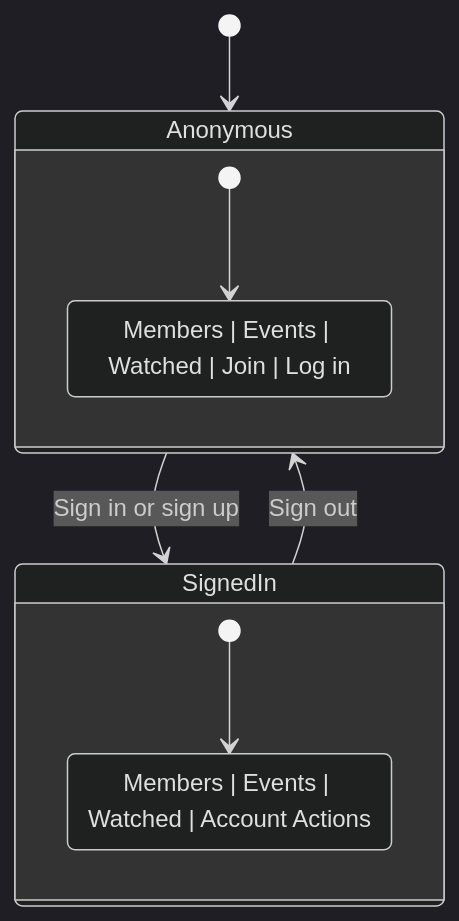
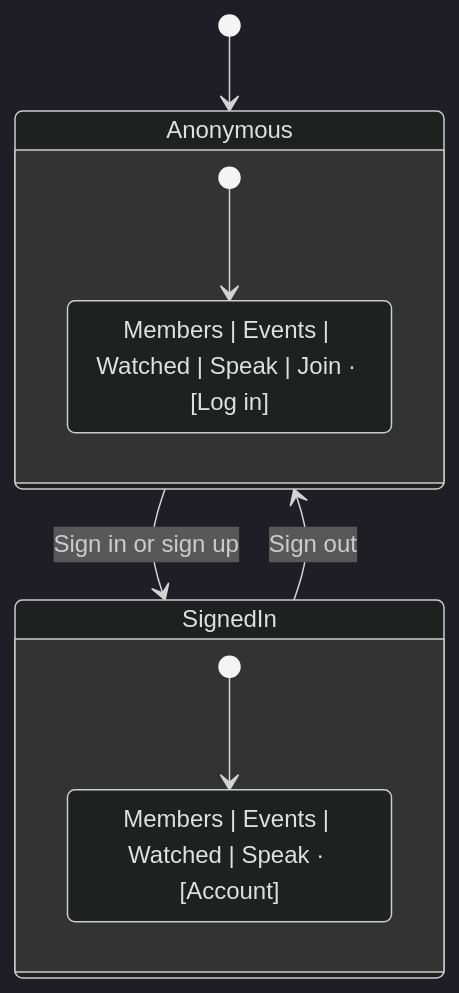
The diagram in docs/features/navigation.md (michaellambgelo/jxnfilmclub), drawn with Mermaid (dark theme) before and after one commit. The commit also changed other lines of this file and 9 other files, not shown here.

````diff
--- a/docs/features/navigation.md
+++ b/docs/features/navigation.md
@@ -7,16 +7,16 @@
 ```mermaid
 stateDiagram-v2
     [*] --> Anonymous
     Anonymous --> SignedIn: Sign in or sign up
     SignedIn --> Anonymous: Sign out
 
     state Anonymous {
         [*] --> AnonymousNav
-        AnonymousNav: Members | Events | Watched | Join | Log in
+        AnonymousNav: Members | Events | Watched | Speak | Join · [Log in]
     }
 
     state SignedIn {
         [*] --> SignedInNav
-        SignedInNav: Members | Events | Watched | Account Actions
+        SignedInNav: Members | Events | Watched | Speak · [Account]
     }
 ```
````
